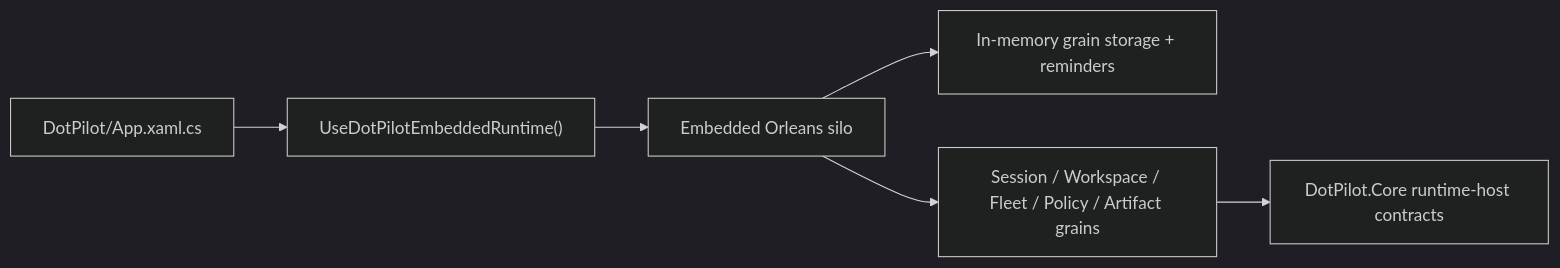
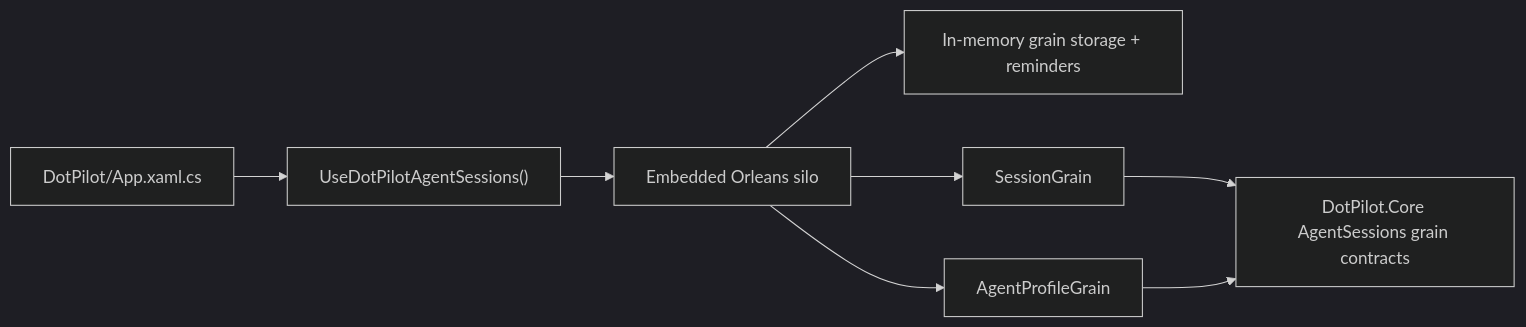
The diagram in docs/Features/embedded-orleans-host.md (managedcode/dotPilot), drawn with Mermaid (dark theme) before and after one commit. The commit also changed other lines of this file and 150 other files, not shown here.

Commit message:
Rewrite app around agent sessions

````diff
--- a/docs/Features/embedded-orleans-host.md
+++ b/docs/Features/embedded-orleans-host.md
@@ -26,15 +26,18 @@
 ```mermaid
 flowchart LR
   App["DotPilot/App.xaml.cs"]
-  HostExt["UseDotPilotEmbeddedRuntime()"]
+  HostExt["UseDotPilotAgentSessions()"]
   Silo["Embedded Orleans silo"]
   Store["In-memory grain storage + reminders"]
-  Grains["Session / Workspace / Fleet / Policy / Artifact grains"]
-  Contracts["DotPilot.Core runtime-host contracts"]
+  Session["SessionGrain"]
+  Agent["AgentProfileGrain"]
+  Contracts["DotPilot.Core AgentSessions grain contracts"]
 
   App --> HostExt
   HostExt --> Silo
   Silo --> Store
-  Silo --> Grains
-  Grains --> Contracts
+  Silo --> Session
+  Silo --> Agent
+  Session --> Contracts
+  Agent --> Contracts
 ```
````
